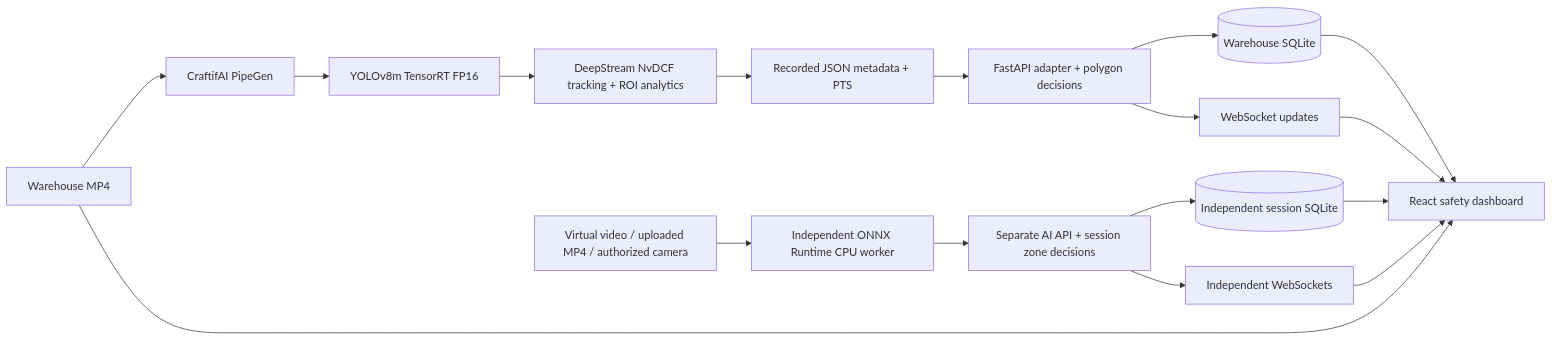
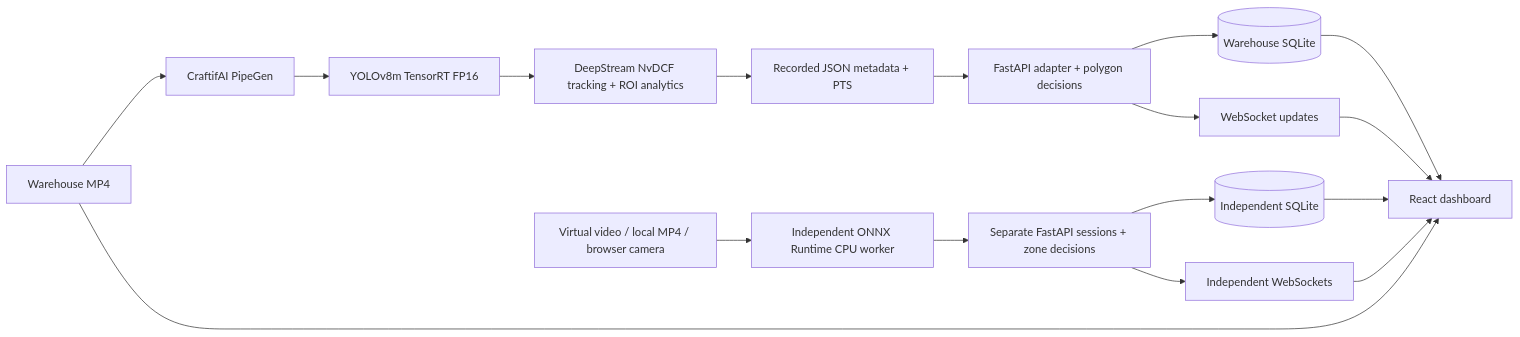
The diagram in README.md (akilanpl/CraftifAIHackathon_CRA004), drawn with Mermaid before and after one commit. The commit also changed other lines of this file, not shown here.

````diff
--- a/README.md
+++ b/README.md
@@ -26,19 +21,19 @@
 ```mermaid
 flowchart LR
   V[Warehouse MP4] --> P[CraftifAI PipeGen]
   P --> T[YOLOv8m TensorRT FP16]
   T --> D[DeepStream NvDCF tracking + ROI analytics]
   D --> J[Recorded JSON metadata + PTS]
   J --> F[FastAPI adapter + polygon decisions]
   F --> S[(Warehouse SQLite)]
   F --> W[WebSocket updates]
-  W --> R[React safety dashboard]
+  W --> R[React dashboard]
   V --> R
   S --> R
-  U[Virtual video / uploaded MP4 / authorized camera] --> O[Independent ONNX Runtime CPU worker]
-  O --> A[Separate AI API + session zone decisions]
-  A --> Q[(Independent session SQLite)]
+  U[Virtual video / local MP4 / browser camera] --> O[Independent ONNX Runtime CPU worker]
+  O --> A[Separate FastAPI sessions + zone decisions]
+  A --> Q[(Independent SQLite)]
   A --> X[Independent WebSockets]
   X --> R
   Q --> R
 ```
````
